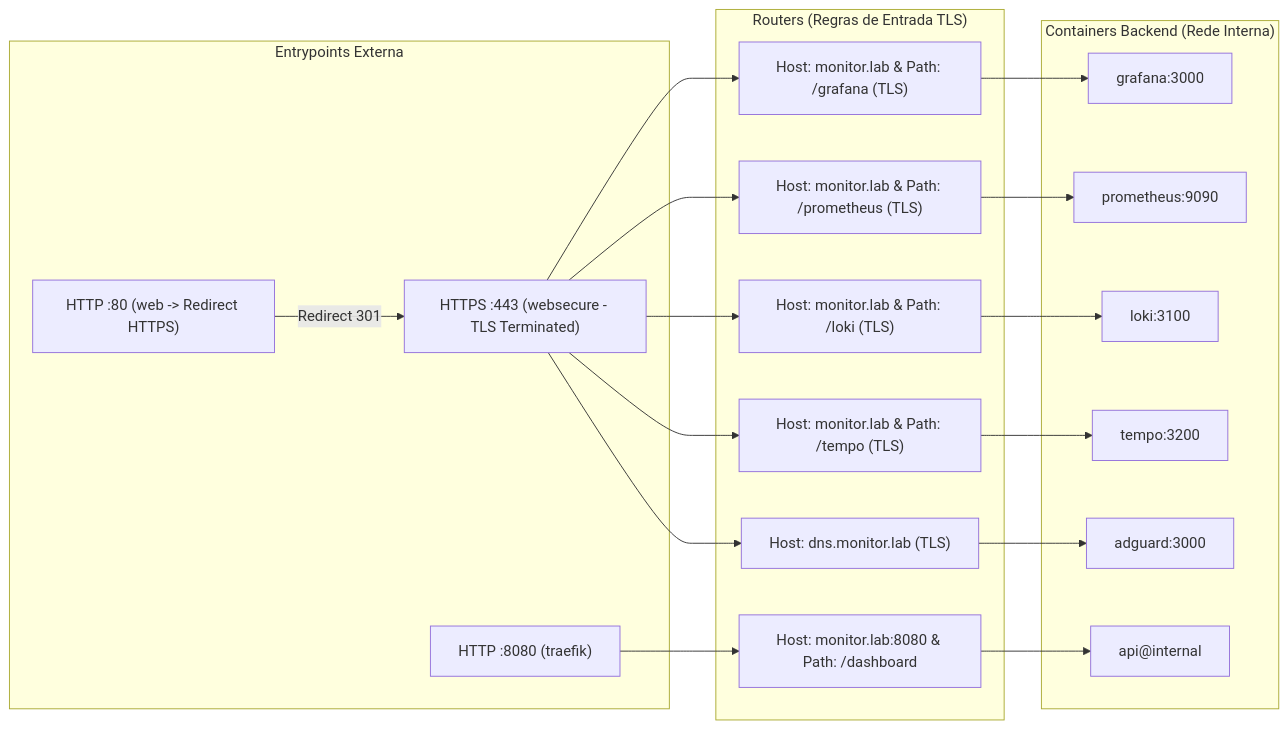
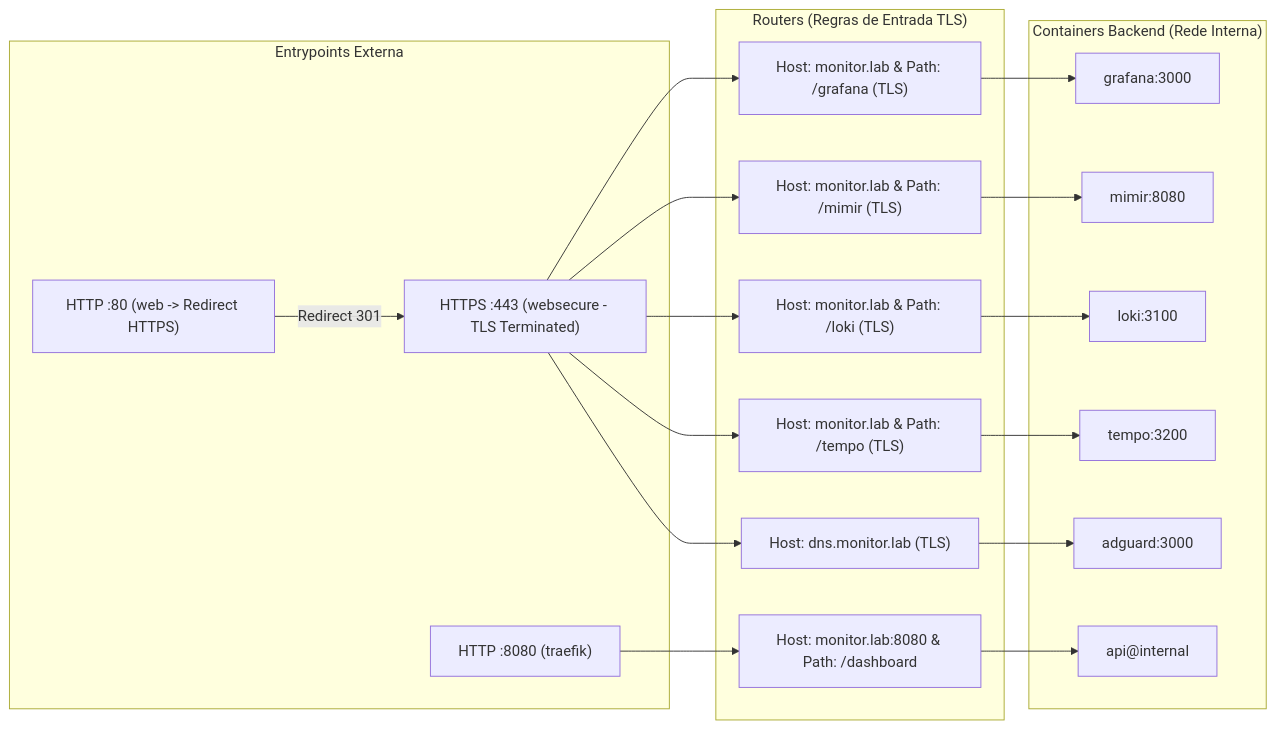
One commit to GuiJeff0/monitor_lab changed the third of 6 diagrams in Infrastructure Diagrams.md. Above: the diagram before and after it, drawn with Mermaid. The commit also changed other lines of this file and 8 other files, not shown here.

````diff
--- a/Infrastructure Diagrams.md
+++ b/Infrastructure Diagrams.md
@@ -107,34 +106,34 @@
 ```mermaid
 graph LR
     subgraph Entrada["Entrypoints Externa"]
         E80["HTTP :80 (web -> Redirect HTTPS)"]
         E443["HTTPS :443 (websecure - TLS Terminated)"]
         E8080["HTTP :8080 (traefik)"]
     end
 
     subgraph Routers["Routers (Regras de Entrada TLS)"]
         R_Grafana["Host: monitor.lab & Path: /grafana (TLS)"]
-        R_Prom["Host: monitor.lab & Path: /prometheus (TLS)"]
+        R_Mimir["Host: monitor.lab & Path: /mimir (TLS)"]
         R_Loki["Host: monitor.lab & Path: /loki (TLS)"]
         R_Tempo["Host: monitor.lab & Path: /tempo (TLS)"]
         R_DNS["Host: dns.monitor.lab (TLS)"]
         R_Dash["Host: monitor.lab:8080 & Path: /dashboard"]
     end
 
     subgraph Containers["Containers Backend (Rede Interna)"]
         C_Grafana["grafana:3000"]
-        C_Prom["prometheus:9090"]
+        C_Mimir["mimir:8080"]
         C_Loki["loki:3100"]
         C_Tempo["tempo:3200"]
         C_DNS["adguard:3000"]
         C_Dash["api@internal"]
     end
 
     E80 -->|Redirect 301| E443
     E443 --> R_Grafana --> C_Grafana
-    E443 --> R_Prom --> C_Prom
+    E443 --> R_Mimir --> C_Mimir
     E443 --> R_Loki --> C_Loki
     E443 --> R_Tempo --> C_Tempo
     E443 --> R_DNS --> C_DNS
     E8080 --> R_Dash --> C_Dash
 ```
````
